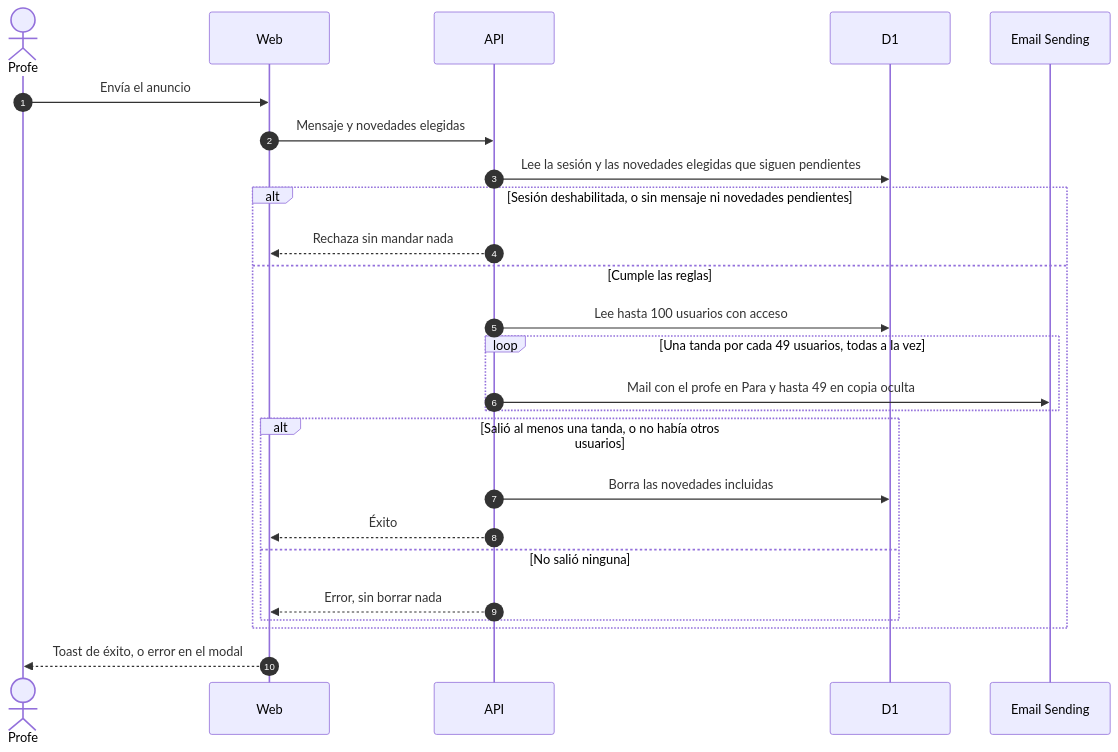
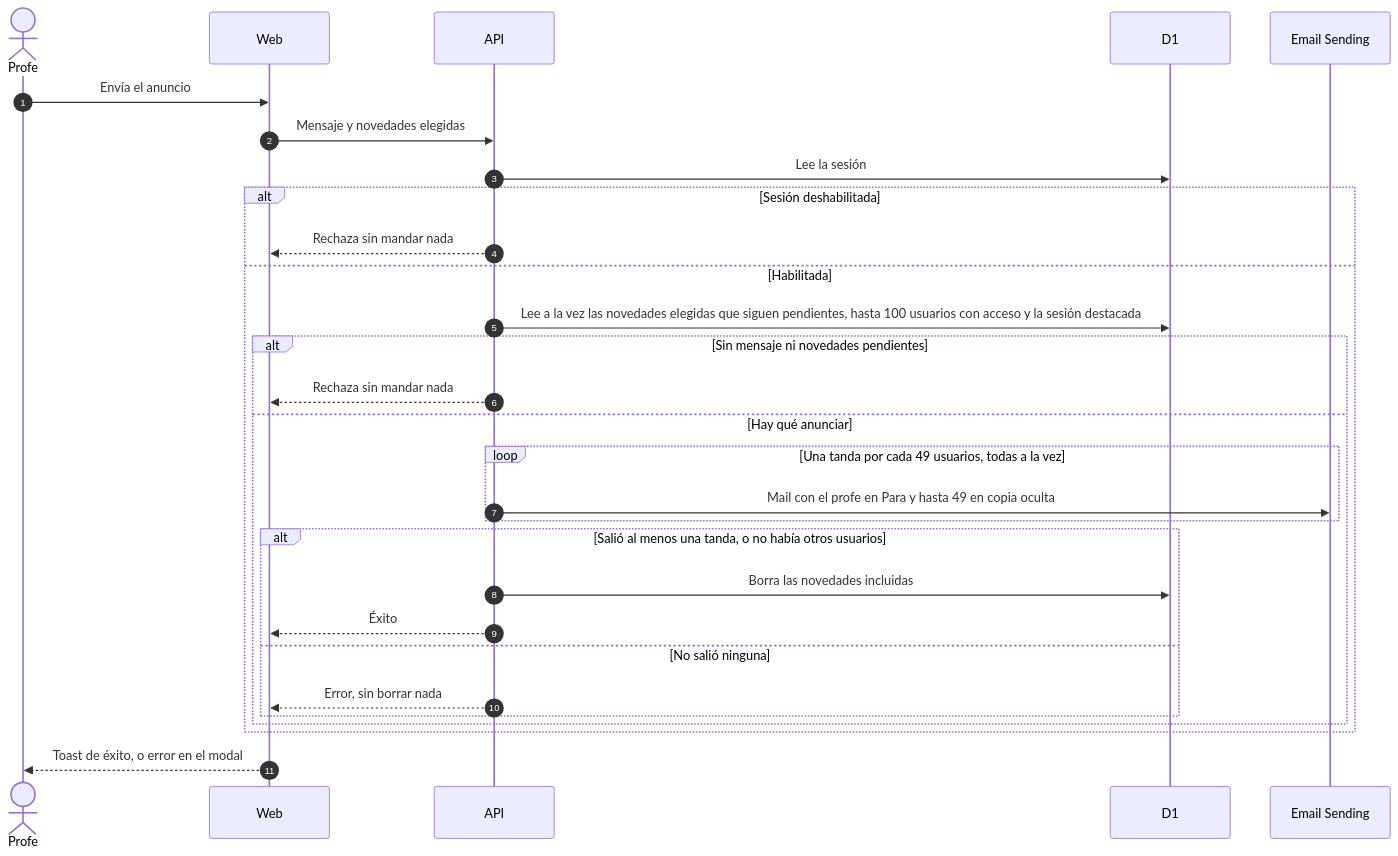
Before and after one commit to filadd/agentic-engineering-famaf-extension-course: the second of 2 diagrams in app/docs/architecture/novedades-por-mail.md, drawn with Mermaid. The commit also changed other lines of this file and 4 other files, not shown here.

````diff
--- a/app/docs/architecture/novedades-por-mail.md
+++ b/app/docs/architecture/novedades-por-mail.md
@@ -73,28 +73,32 @@
 ```mermaid
 sequenceDiagram
     autonumber
     actor P as Profe
     participant W as Web
     participant A as API
     participant D as D1
     participant M as Email Sending
 
     P->>W: Envía el anuncio
     W->>A: Mensaje y novedades elegidas
-    A->>D: Lee la sesión y las novedades elegidas que siguen pendientes
-    alt Sesión deshabilitada, o sin mensaje ni novedades pendientes
+    A->>D: Lee la sesión
+    alt Sesión deshabilitada
         A-->>W: Rechaza sin mandar nada
-    else Cumple las reglas
-        A->>D: Lee hasta 100 usuarios con acceso
-        loop Una tanda por cada 49 usuarios, todas a la vez
-            A->>M: Mail con el profe en Para y hasta 49 en copia oculta
-        end
-        alt Salió al menos una tanda, o no había otros usuarios
-            A->>D: Borra las novedades incluidas
-            A-->>W: Éxito
-        else No salió ninguna
-            A-->>W: Error, sin borrar nada
+    else Habilitada
+        A->>D: Lee a la vez las novedades elegidas que siguen pendientes, hasta 100 usuarios con acceso y la sesión destacada
+        alt Sin mensaje ni novedades pendientes
+            A-->>W: Rechaza sin mandar nada
+        else Hay qué anunciar
+            loop Una tanda por cada 49 usuarios, todas a la vez
+                A->>M: Mail con el profe en Para y hasta 49 en copia oculta
+            end
+            alt Salió al menos una tanda, o no había otros usuarios
+                A->>D: Borra las novedades incluidas
+                A-->>W: Éxito
+            else No salió ninguna
+                A-->>W: Error, sin borrar nada
+            end
         end
     end
     W-->>P: Toast de éxito, o error en el modal
 ```
````
